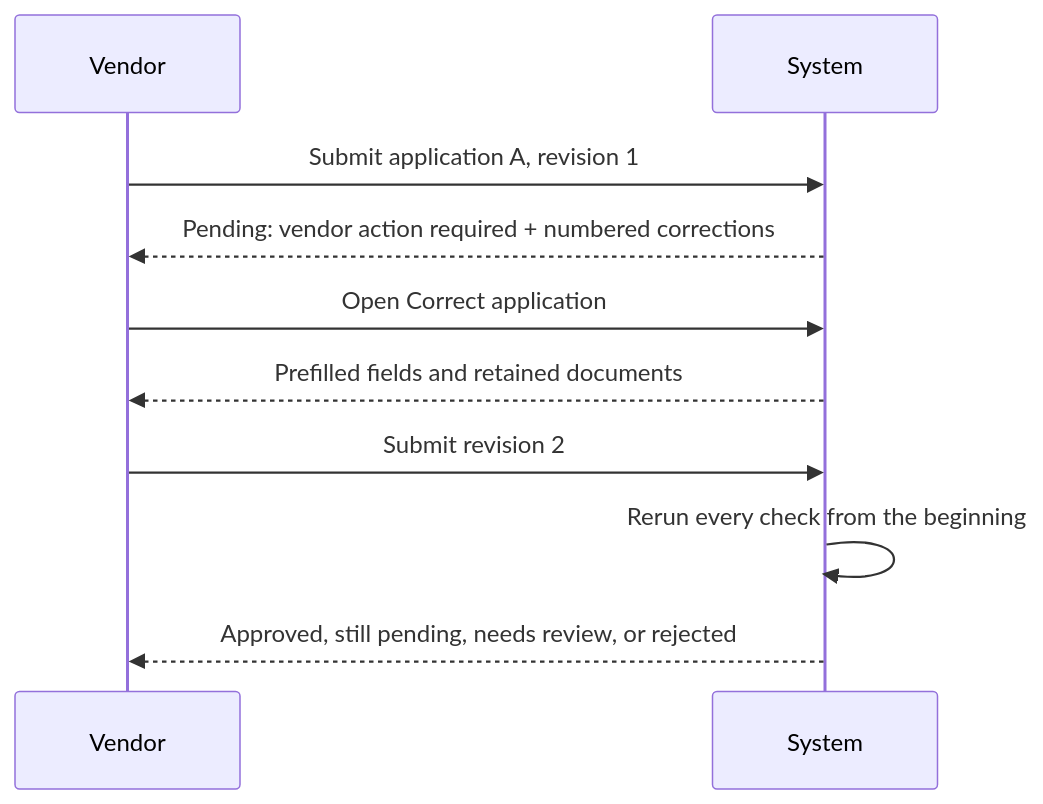
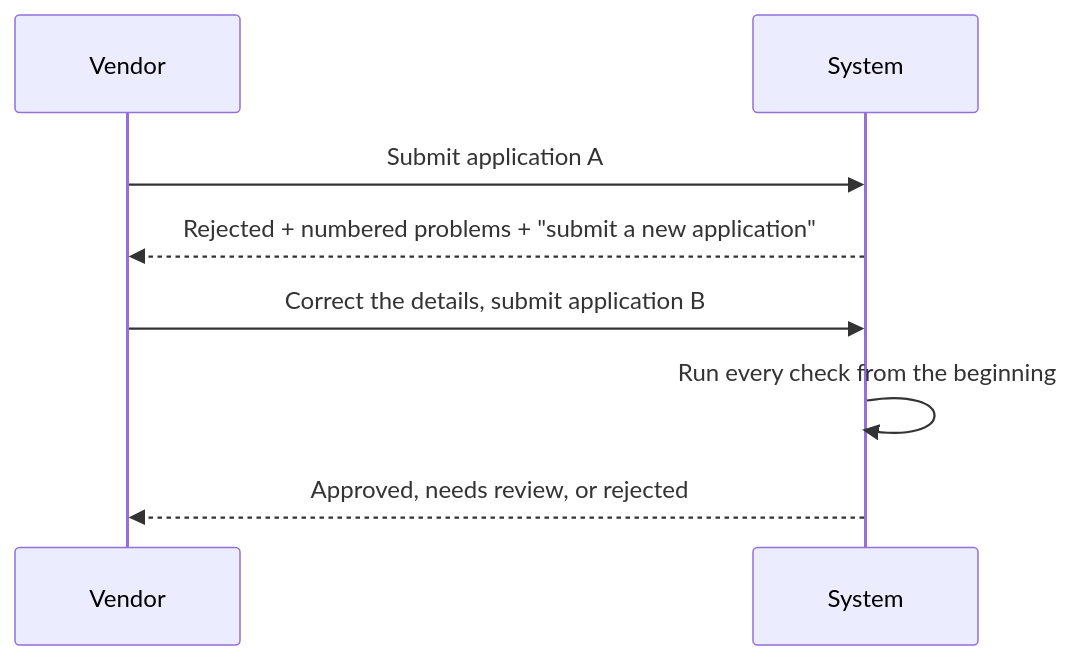
Before and after one commit to ShubhamK0802/vendor-onboarding-flask: the third of 4 diagrams in docs/WORKFLOW.md, drawn with Mermaid. The commit also changed other lines of this file and 23 other files, not shown here.

First line of the commit message:
Reject, then apply again: wrong input is rejected and closed; Pending means only Needs review

````diff
--- a/docs/WORKFLOW.md
+++ b/docs/WORKFLOW.md
@@ -44,12 +41,10 @@
 ```mermaid
 sequenceDiagram
     participant V as Vendor
     participant S as System
-    V->>S: Submit application A, revision 1
-    S-->>V: Pending: vendor action required + numbered corrections
-    V->>S: Open Correct application
-    S-->>V: Prefilled fields and retained documents
-    V->>S: Submit revision 2
-    S->>S: Rerun every check from the beginning
-    S-->>V: Approved, still pending, needs review, or rejected
+    V->>S: Submit application A
+    S-->>V: Rejected + numbered problems + "submit a new application"
+    V->>S: Correct the details, submit application B
+    S->>S: Run every check from the beginning
+    S-->>V: Approved, needs review, or rejected
 ```
````
